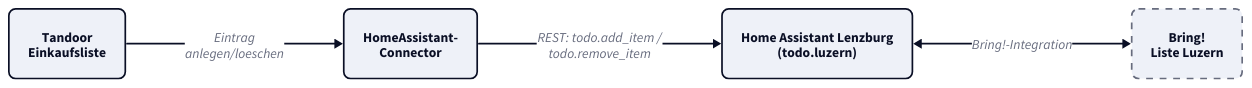
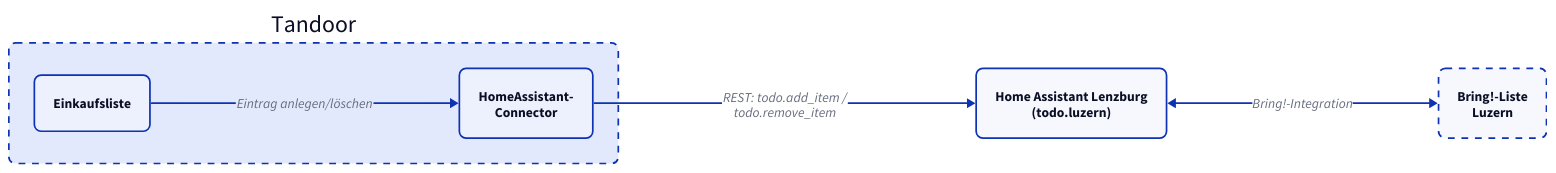
One commit to derever-labs/homelab-wiki changed the diagram in docs/tandoor/index.md. Above: the diagram before and after it, drawn with D2. The commit also changed 7 other files, not shown here.

First line of the commit message:
docs(smart-home): Diagramme fuer TALA ueberarbeiten (Batch B6) (#98)

````diff
--- a/docs/tandoor/index.md
+++ b/docs/tandoor/index.md
@@ -75,33 +75,36 @@
 ```d2
-vars: {
-  d2-config: {
-    theme-id: 1
-    layout-engine: elk
-  }
-}
+direction: right
 
 classes: {
   node: {
     style: {
       border-radius: 8
+    }
+  }
+  container: {
+    style: {
+      border-radius: 8
+      stroke-dash: 4
     }
   }
   ext: {
     style: {
       border-radius: 8
       stroke-dash: 4
     }
   }
 }
 
-direction: right
+Tandoor: "Tandoor" {
+  class: container
+  Liste: "Einkaufsliste" { class: node }
+  Conn: "HomeAssistant-\nConnector" { class: node }
+  Liste -> Conn: "Eintrag anlegen/löschen"
+}
 
-TANDOOR: "Tandoor\nEinkaufsliste" { class: node }
-CONN: "HomeAssistant-\nConnector" { class: node }
 HA: "Home Assistant Lenzburg\n(todo.luzern)" { class: node }
-BRING: "Bring!\nListe Luzern" { class: ext }
+Bring: "Bring!-Liste\nLuzern" { class: ext }
 
-TANDOOR -> CONN: "Eintrag\nanlegen/loeschen"
-CONN -> HA: "REST: todo.add_item /\ntodo.remove_item"
-HA <-> BRING: "Bring!-Integration"
+Tandoor.Conn -> HA: "REST: todo.add_item /\ntodo.remove_item"
+HA <-> Bring: "Bring!-Integration"
 ```
````
